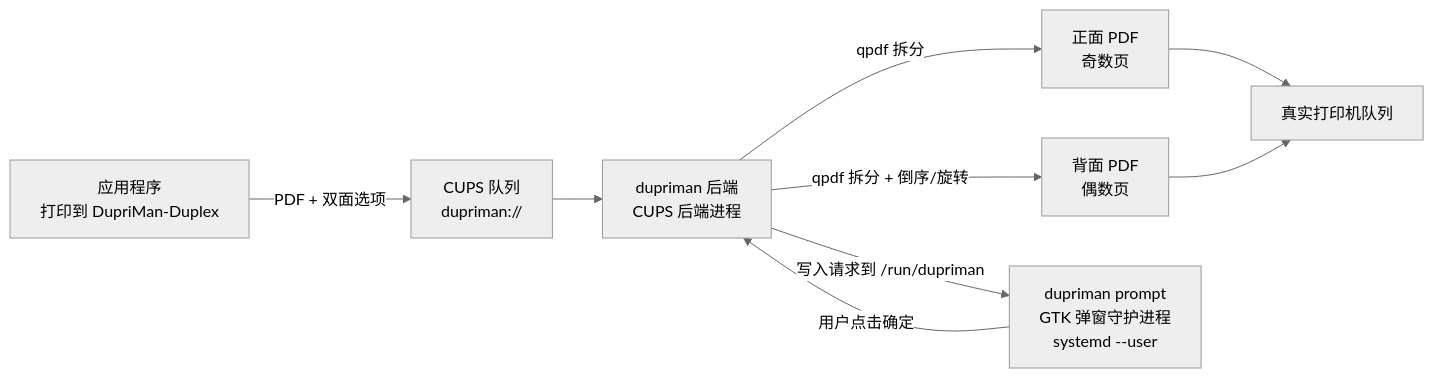
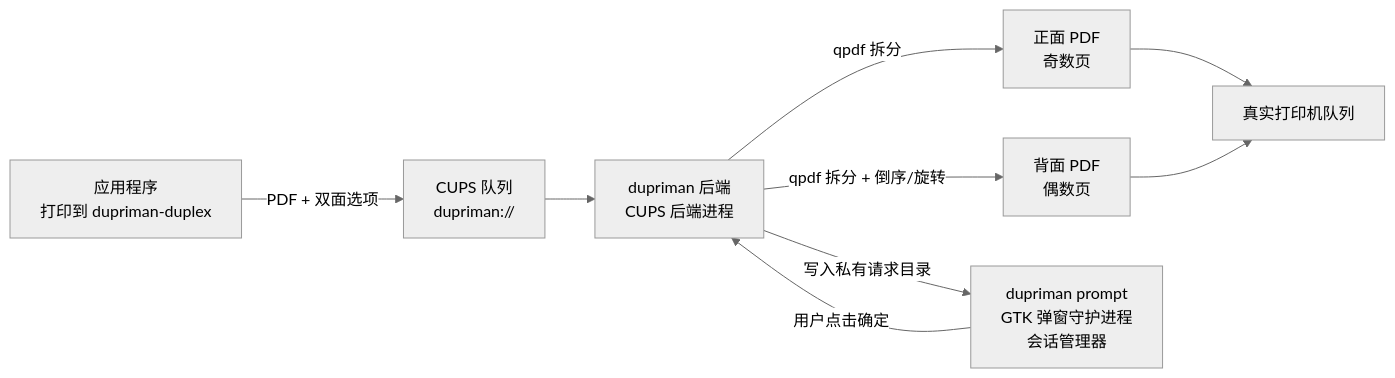
Before and after one commit to OrdChaos/dupriman: the diagram in README.zh_CN.md, drawn with Mermaid (neutral theme). The commit also changed other lines of this file and 19 other files, not shown here.

````diff
--- a/README.zh_CN.md
+++ b/README.zh_CN.md
@@ -15,11 +15,11 @@
 ```mermaid
 flowchart LR
-    A[应用程序<br/>打印到 DupriMan-Duplex] -->|PDF + 双面选项| B[CUPS 队列<br/>dupriman://]
+    A[应用程序<br/>打印到 dupriman-duplex] -->|PDF + 双面选项| B[CUPS 队列<br/>dupriman://]
     B --> C[dupriman 后端<br/>CUPS 后端进程]
     C -->|qpdf 拆分| D[正面 PDF<br/>奇数页]
     C -->|qpdf 拆分 + 倒序/旋转| E[背面 PDF<br/>偶数页]
     D --> F[真实打印机队列]
-    C -->|写入请求到 /run/dupriman| G[dupriman prompt<br/>GTK 弹窗守护进程<br/>systemd --user]
+    C -->|写入私有请求目录| G[dupriman prompt<br/>GTK 弹窗守护进程<br/>会话管理器]
     G -->|用户点击确定| C
     E --> F
 ```
````
